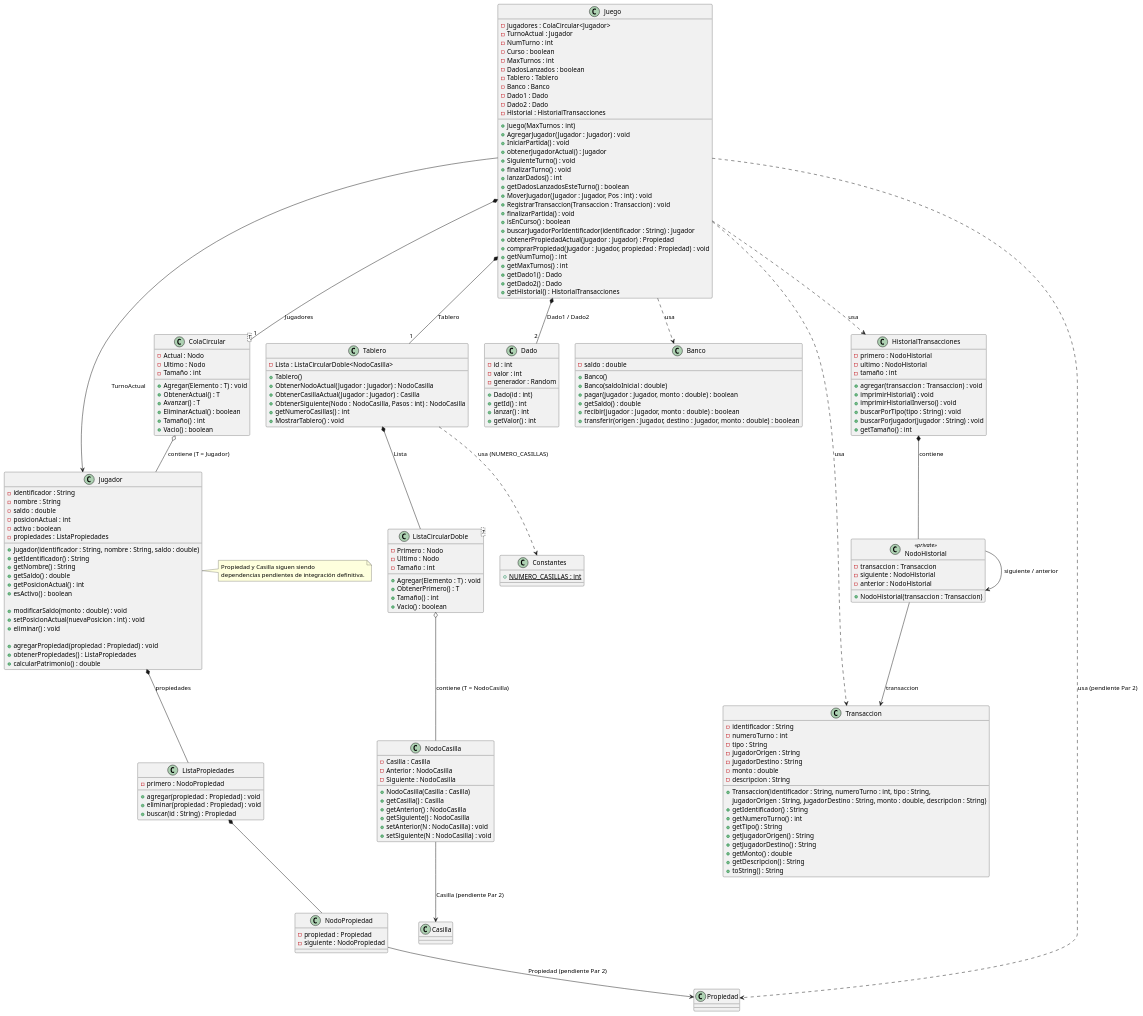
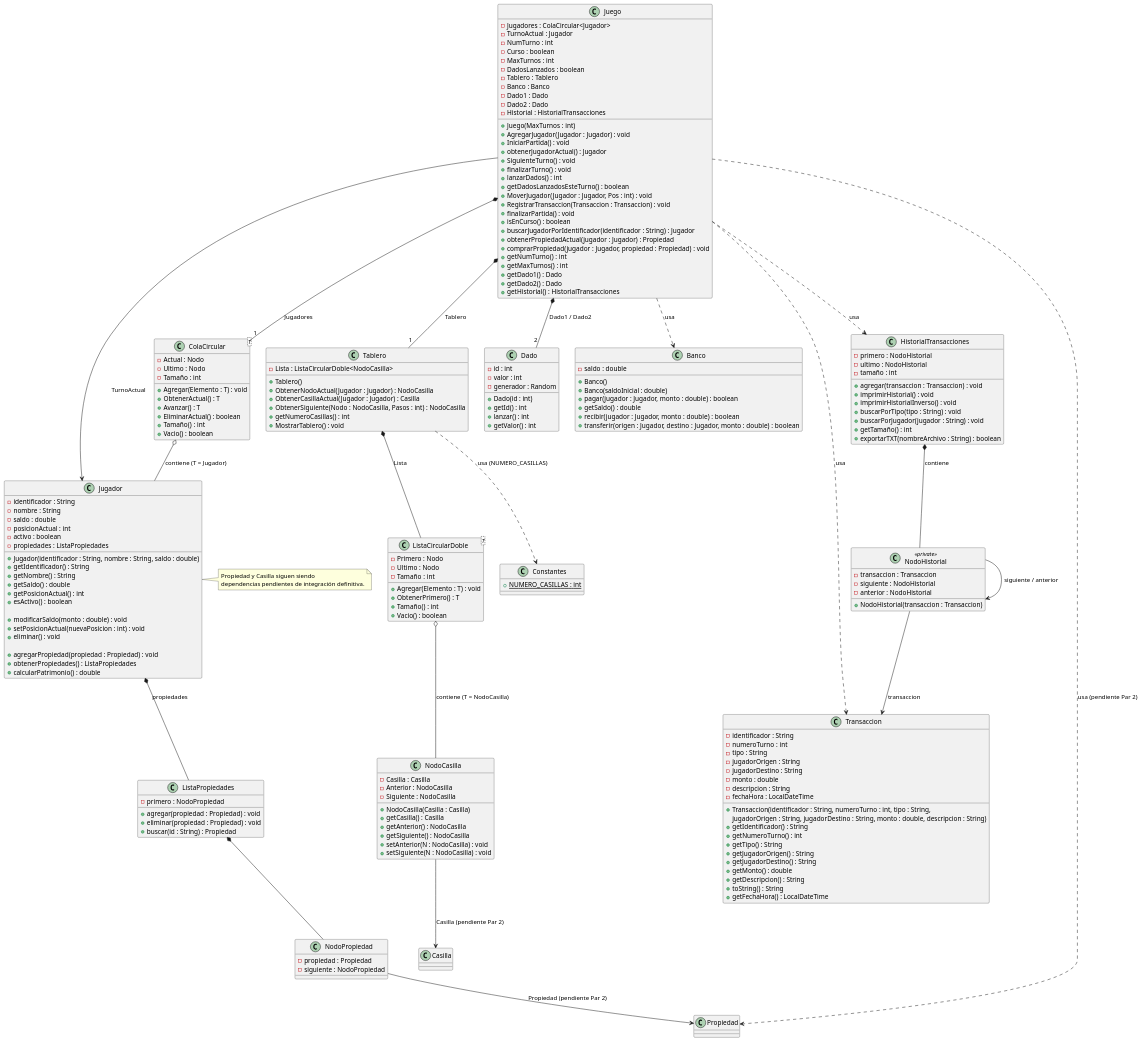
Before and after one commit to rodriguez0303/Proyecto1_Algoritmos: the diagram in DocUML/monopoly.puml, drawn with PlantUML. The commit also changed 3 other files, not shown here.

Commit message:
Agrega fecha y hora a transacciones y exportacion de historial a TXT

```diff
--- a/DocUML/monopoly.puml
+++ b/DocUML/monopoly.puml
@@ -206,6 +206,7 @@
     - jugadorDestino : String
     - monto : double
     - descripcion : String
+    - fechaHora : LocalDateTime
 
     + Transaccion(identificador : String, numeroTurno : int, tipo : String,
                   jugadorOrigen : String, jugadorDestino : String, monto : double, descripcion : String)
@@ -217,6 +218,7 @@
     + getMonto() : double
     + getDescripcion() : String
     + toString() : String
+    + getFechaHora() : LocalDateTime
 }
 
 
@@ -235,6 +237,7 @@
     + buscarPorTipo(tipo : String) : void
     + buscarPorJugador(jugador : String) : void
     + getTamaño() : int
+    + exportarTXT(nombreArchivo : String) : boolean
 }
 
 class NodoHistorial <<private>> {
```
